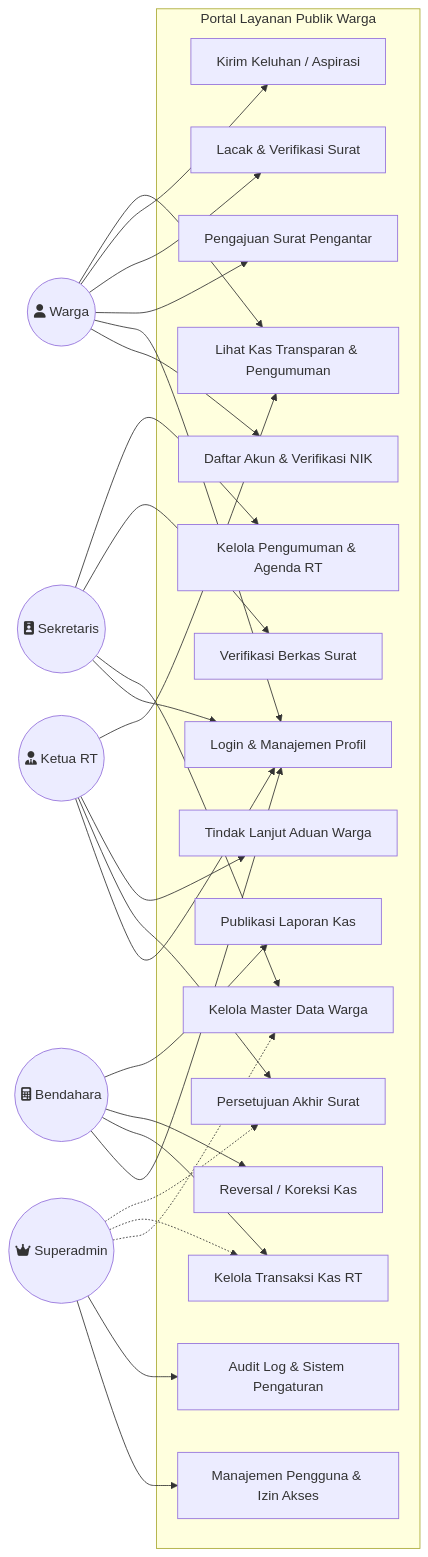
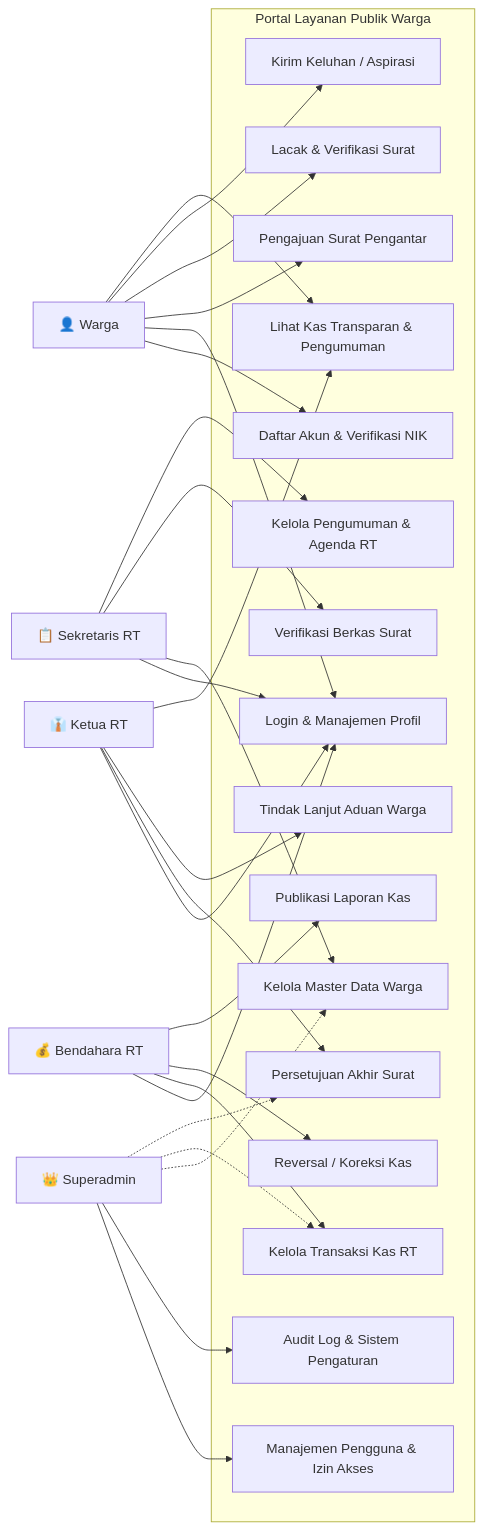
The first of 8 diagrams in README.md (not162/platform-layanan-publik-warga), drawn with Mermaid before and after one commit. The commit also changed other lines of this file, not shown here.

Commit message:
fix(docs): quote all mermaid node labels and conditions to fix GitHub rich display parser

````diff
--- a/README.md
+++ b/README.md
@@ -80,59 +80,59 @@
 ```mermaid
 flowchart LR
-    Warga((fa:fa-user Warga))
-    Sekretaris((fa:fa-id-badge Sekretaris))
-    Bendahara((fa:fa-calculator Bendahara))
-    KetuaRT((fa:fa-user-tie Ketua RT))
-    Superadmin((fa:fa-crown Superadmin))
+    Warga["👤 Warga"]
+    Sekretaris["📋 Sekretaris RT"]
+    Bendahara["💰 Bendahara RT"]
+    KetuaRT["👔 Ketua RT"]
+    Superadmin["👑 Superadmin"]
 
     subgraph Portal Layanan Publik Warga
-        UC1[Daftar Akun & Verifikasi NIK]
-        UC2[Login & Manajemen Profil]
-        UC3[Pengajuan Surat Pengantar]
-        UC4[Lacak & Verifikasi Surat]
-        UC5[Kirim Keluhan / Aspirasi]
-        UC6[Lihat Kas Transparan & Pengumuman]
+        UC1["Daftar Akun & Verifikasi NIK"]
+        UC2["Login & Manajemen Profil"]
+        UC3["Pengajuan Surat Pengantar"]
+        UC4["Lacak & Verifikasi Surat"]
+        UC5["Kirim Keluhan / Aspirasi"]
+        UC6["Lihat Kas Transparan & Pengumuman"]
         
-        UC7[Kelola Master Data Warga]
-        UC8[Verifikasi Berkas Surat]
-        UC9[Kelola Pengumuman & Agenda RT]
+        UC7["Kelola Master Data Warga"]
+        UC8["Verifikasi Berkas Surat"]
+        UC9["Kelola Pengumuman & Agenda RT"]
         
-        UC10[Kelola Transaksi Kas RT]
-        UC11[Reversal / Koreksi Kas]
-        UC12[Publikasi Laporan Kas]
+        UC10["Kelola Transaksi Kas RT"]
+        UC11["Reversal / Koreksi Kas"]
+        UC12["Publikasi Laporan Kas"]
         
-        UC13[Persetujuan Akhir Surat]
-        UC14[Tindak Lanjut Aduan Warga]
+        UC13["Persetujuan Akhir Surat"]
+        UC14["Tindak Lanjut Aduan Warga"]
         
-        UC15[Manajemen Pengguna & Izin Akses]
-        UC16[Audit Log & Sistem Pengaturan]
+        UC15["Manajemen Pengguna & Izin Akses"]
+        UC16["Audit Log & Sistem Pengaturan"]
     end
 
     Warga --> UC1
     Warga --> UC2
     Warga --> UC3
     Warga --> UC4
     Warga --> UC5
     Warga --> UC6
 
     Sekretaris --> UC2
     Sekretaris --> UC7
     Sekretaris --> UC8
     Sekretaris --> UC9
 
     Bendahara --> UC2
     Bendahara --> UC10
     Bendahara --> UC11
     Bendahara --> UC12
 
     KetuaRT --> UC2
     KetuaRT --> UC13
     KetuaRT --> UC14
     KetuaRT --> UC6
 
     Superadmin --> UC15
     Superadmin --> UC16
     Superadmin -.-> UC7
     Superadmin -.-> UC10
     Superadmin -.-> UC13
 ```
````
